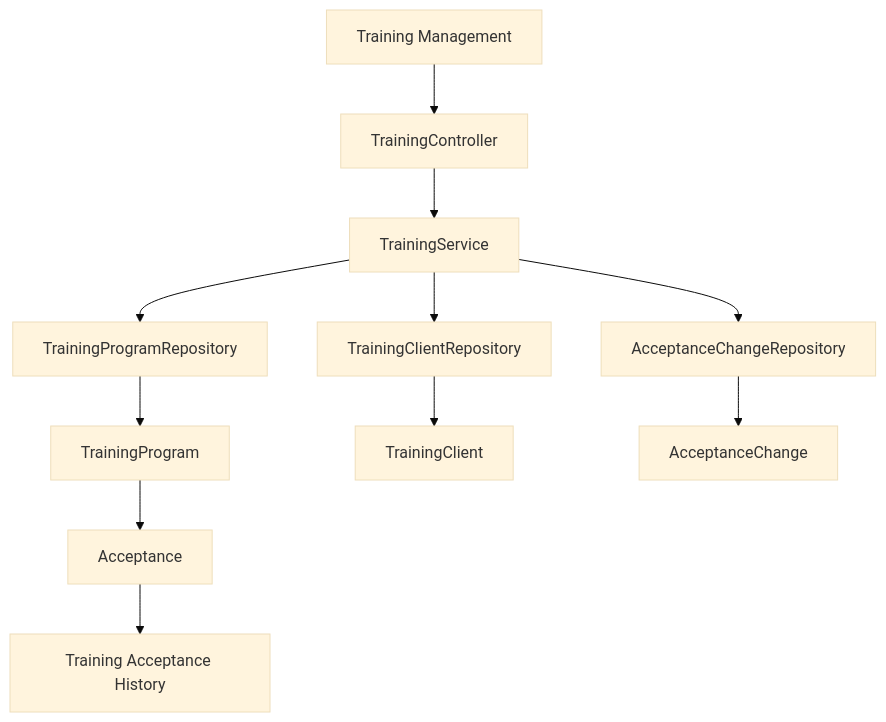
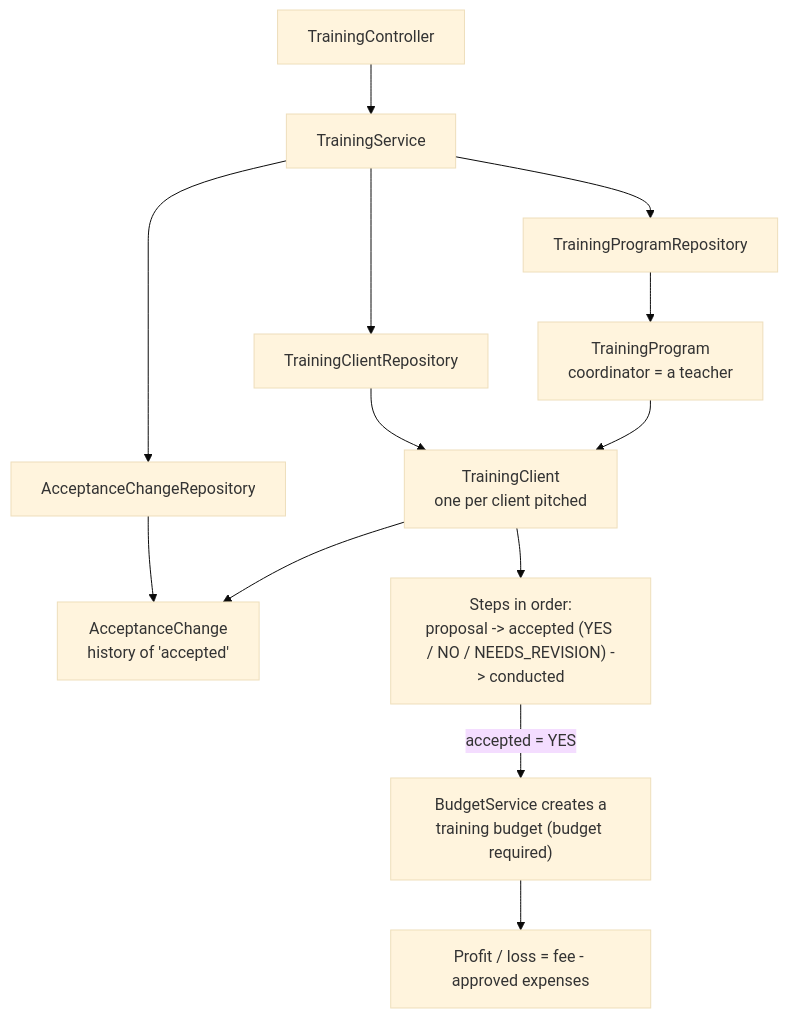
Diagram 12 of 19 in README.md (Git-punit/campus-erp), drawn with Mermaid (base theme) before and after one commit. The commit also changed other lines of this file, not shown here.

````diff
--- a/README.md
+++ b/README.md
@@ -639,18 +714,14 @@
 ```mermaid
 flowchart TD
-    A["Training Management"]
+    A["TrainingController"] --> B["TrainingService"]
 
-    A --> B["TrainingController"]
-    B --> C["TrainingService"]
+    B --> D["TrainingProgramRepository"] --> G["TrainingProgram<br/>coordinator = a teacher"]
+    B --> E["TrainingClientRepository"] --> H["TrainingClient<br/>one per client pitched"]
+    B --> F["AcceptanceChangeRepository"] --> I["AcceptanceChange<br/>history of 'accepted'"]
 
-    C --> D["TrainingProgramRepository"]
-    C --> E["TrainingClientRepository"]
-    C --> F["AcceptanceChangeRepository"]
-
-    D --> G["TrainingProgram"]
-    E --> H["TrainingClient"]
-    F --> I["AcceptanceChange"]
-
-    G --> J["Acceptance"]
-    J --> K["Training Acceptance History"]
+    G --> H
+    H --> STEPS["Steps in order:<br/>proposal -> accepted (YES / NO / NEEDS_REVISION) -> conducted"]
+    H --> I
+    STEPS -->|"accepted = YES"| BUD["BudgetService creates a<br/>training budget (budget required)"]
+    BUD --> PL["Profit / loss = fee - approved expenses"]
 ```
````
